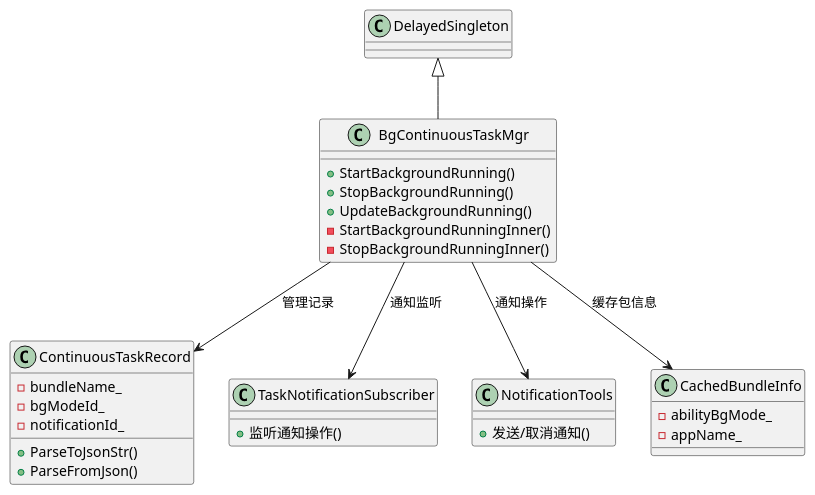
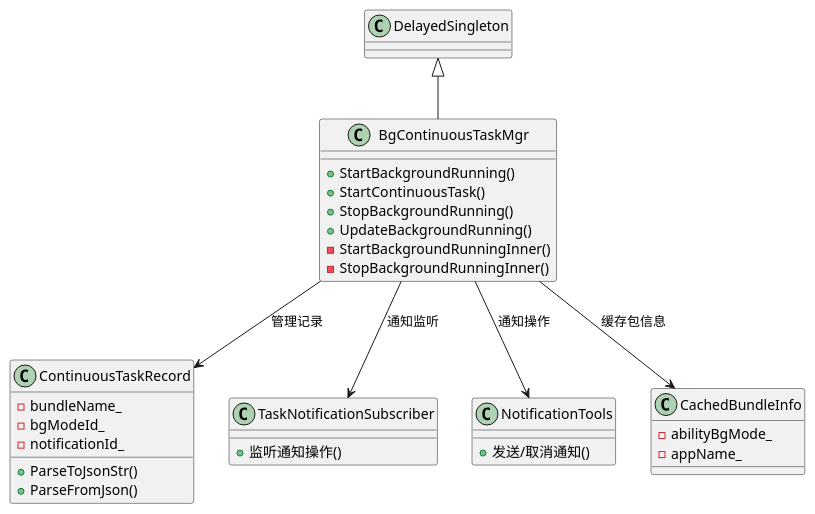
One commit to eclipse-oniro-mirrors/resourceschedule_background_task_mgr changed the third of 3 diagrams in docs/design/continuous_task.md. Above: the diagram before and after it, drawn with PlantUML. The commit also changed other lines of this file and 1 other file, not shown here.

````diff
--- a/docs/design/continuous_task.md
+++ b/docs/design/continuous_task.md
@@ -413,39 +416,40 @@
 ```plantuml
 @startuml
 class BgContinuousTaskMgr {
   +StartBackgroundRunning()
+  +StartContinuousTask()
   +StopBackgroundRunning()
   +UpdateBackgroundRunning()
   -StartBackgroundRunningInner()
   -StopBackgroundRunningInner()
 }
 
 class ContinuousTaskRecord {
   +ParseToJsonStr()
   +ParseFromJson()
   -bundleName_
   -bgModeId_
   -notificationId_
 }
 
 class TaskNotificationSubscriber {
   +监听通知操作()
 }
 
 class NotificationTools {
   +发送/取消通知()
 }
 
 class CachedBundleInfo {
   -abilityBgMode_
   -appName_
 }
 
 DelayedSingleton <|-- BgContinuousTaskMgr
 
 BgContinuousTaskMgr --> ContinuousTaskRecord : 管理记录
 BgContinuousTaskMgr --> TaskNotificationSubscriber : 通知监听
 BgContinuousTaskMgr --> NotificationTools : 通知操作
 BgContinuousTaskMgr --> CachedBundleInfo : 缓存包信息
 @enduml
 ```
````
